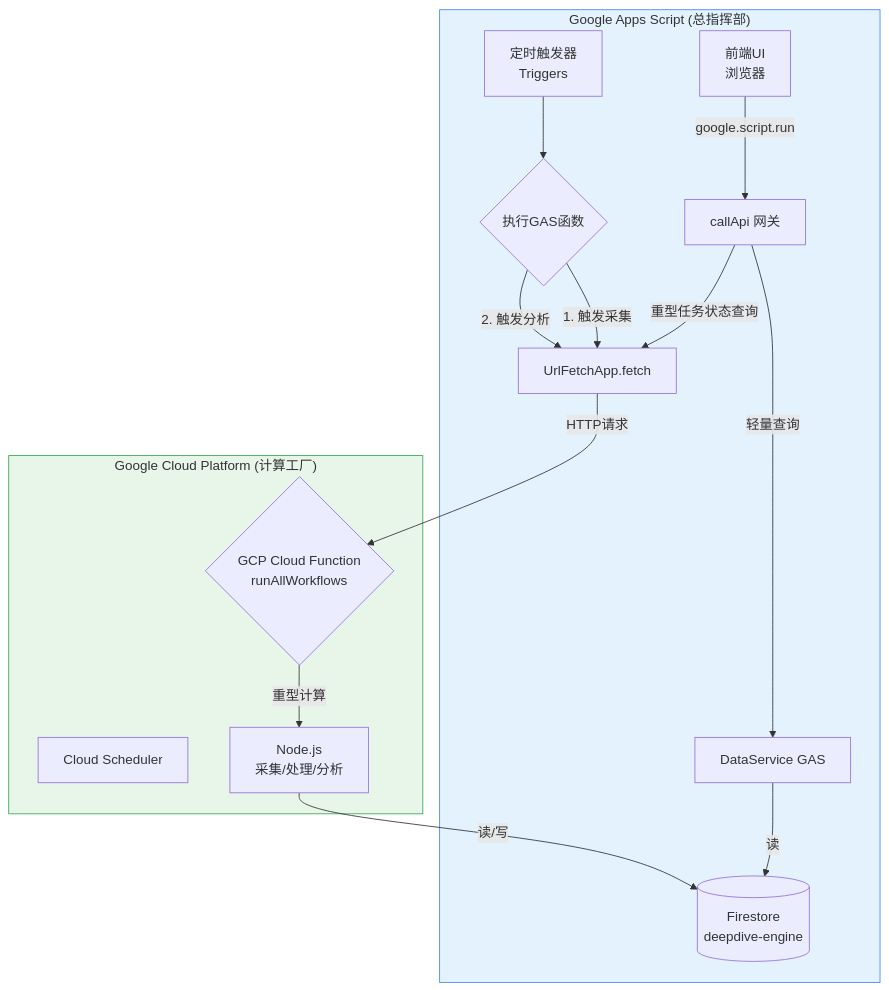
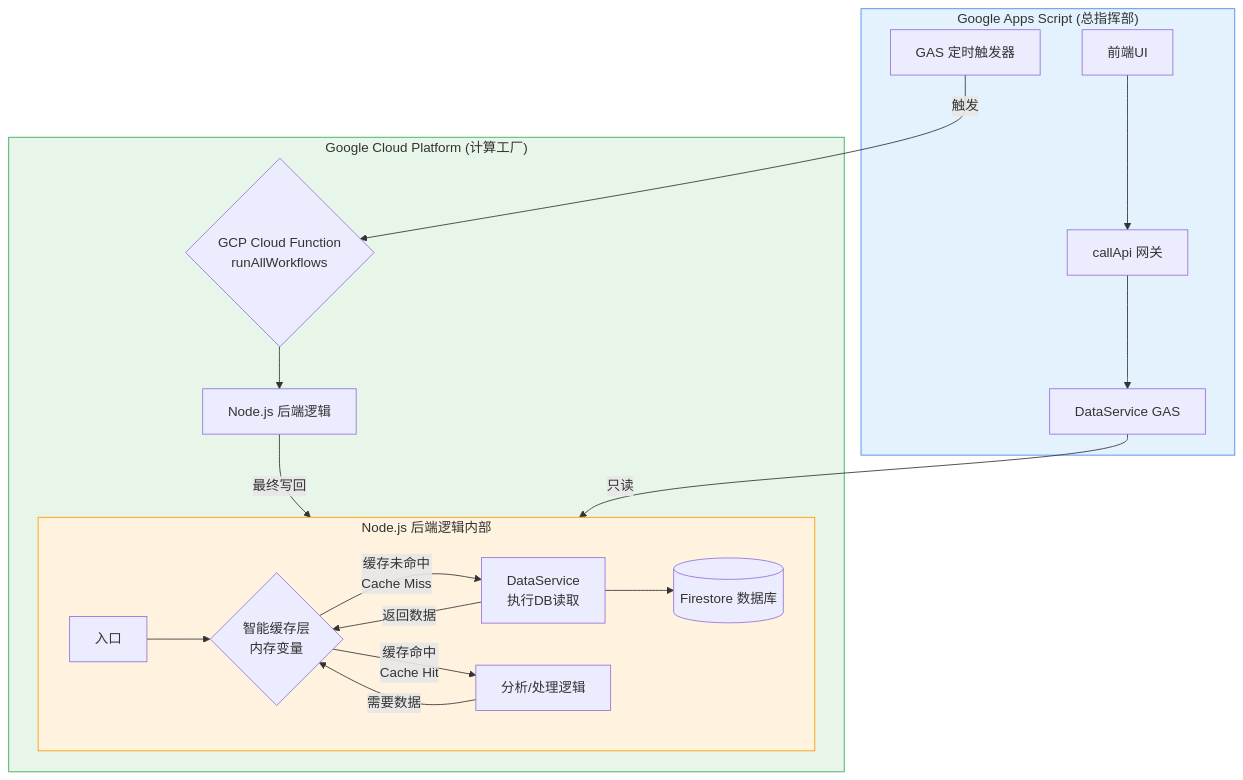
Before and after one commit to wisdom-future/tech-deepdive: the diagram in docs/Deepdive Engine 混合云架构迁移与优化.md, drawn with Mermaid. The commit also changed other lines of this file, not shown here.

Commit message:
Update Deepdive Engine 混合云架构迁移与优化.md

````diff
--- a/docs/Deepdive Engine 混合云架构迁移与优化.md
+++ b/docs/Deepdive Engine 混合云架构迁移与优化.md
@@ -12,23 +12,29 @@
 ```mermaid
 graph TD
-    subgraph GAS ["Google Apps Script (总指挥部)"]
-        A[定时触发器<br>Triggers] --> B{执行GAS函数}
-        B --> |"1. 触发采集"| C[UrlFetchApp.fetch]
-        B --> |"2. 触发分析"| C
+    subgraph GCP ["Google Cloud Platform (计算工厂)"]
+        E{GCP Cloud Function<br/>runAllWorkflows} --> J[Node.js 后端逻辑]
         
-        F[前端UI<br>浏览器] --> |"google.script.run"| G[callApi 网关]
-        G --> |"轻量查询"| H[DataService GAS]
-        G --> |"重型任务状态查询"| C
-        H --> |"读"| I_DB[(Firestore<br>deepdive-engine)]
+        subgraph NodeJS ["Node.js 后端逻辑内部"]
+            direction LR
+            J_Entry[入口] --> K{智能缓存层<br/>内存变量}
+            K -->|"缓存未命中<br/>Cache Miss"| L[DataService<br/>执行DB读取]
+            L -->|"返回数据"| K
+            K -->|"缓存命中<br/>Cache Hit"| M[分析/处理逻辑]
+            M -->|"需要数据"| K
+            L --> I_DB[(Firestore 数据库)]
+        end
+        
+        J -->|"最终写回"| I_DB
     end
 
-    subgraph GCP ["Google Cloud Platform (计算工厂)"]
-        D[Cloud Scheduler]
-        C --> |"HTTP请求"| E{GCP Cloud Function<br>runAllWorkflows}
-        E --> |"重型计算"| J[Node.js<br>采集/处理/分析]
-        J --> |"读/写"| I_DB
+    subgraph GAS ["Google Apps Script (总指挥部)"]
+        A[GAS 定时触发器] -->|"触发"| E
+        F[前端UI] --> G[callApi 网关]
+        G --> H[DataService GAS]
+        H -->|"只读"| I_DB
     end
     
-    style GAS fill:#e3f2fd,stroke:#4285f4
-    style GCP fill:#e8f5e9,stroke:#34a853
+    style GCP fill:#e8f5e9,stroke:#34a853,color:#333
+    style GAS fill:#e3f2fd,stroke:#4285f4,color:#333
+    style NodeJS fill:#fff3e0,stroke:#ff9800,color:#333
 ```
````
